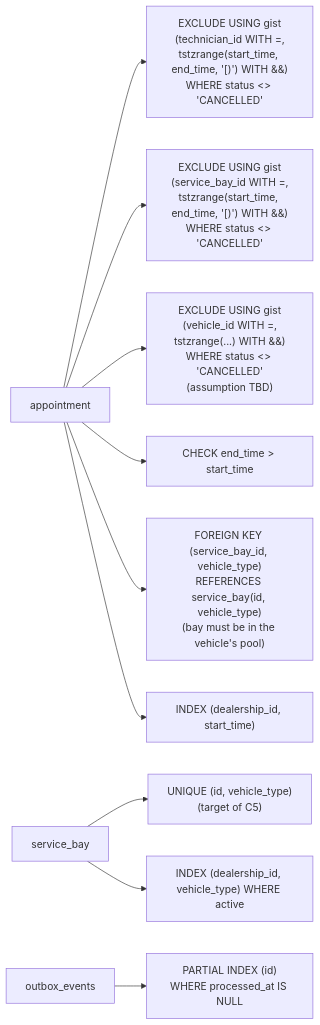
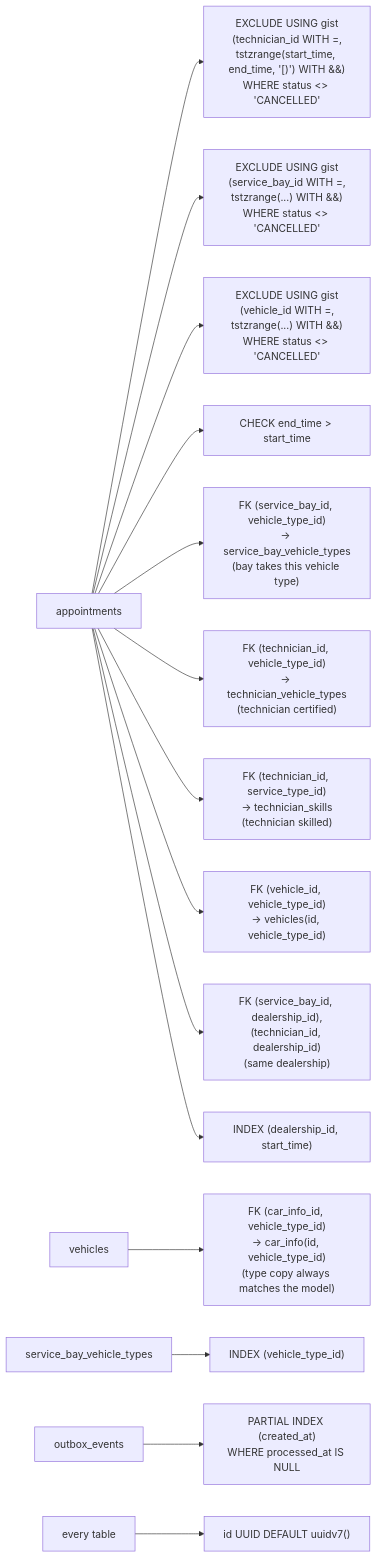
The diagram in docs/diagrams/dld/02-constraints.mermaid (Rubynam/keyloop), drawn with Mermaid before and after one commit. The commit also changed 40 other files, not shown here.

First line of the commit message:
feat: model vehicle types as data and switch all ids to UUIDv7

```diff
--- a/docs/diagrams/dld/02-constraints.mermaid
+++ b/docs/diagrams/dld/02-constraints.mermaid
@@ -1,11 +1,16 @@
 flowchart LR
-    APPT["appointment"]
+    APPT["appointments"]
     APPT --> C1["EXCLUDE USING gist<br/>(technician_id WITH =,<br/>tstzrange(start_time, end_time, '[)') WITH &&)<br/>WHERE status <> 'CANCELLED'"]
-    APPT --> C2["EXCLUDE USING gist<br/>(service_bay_id WITH =,<br/>tstzrange(start_time, end_time, '[)') WITH &&)<br/>WHERE status <> 'CANCELLED'"]
-    APPT --> C3["EXCLUDE USING gist<br/>(vehicle_id WITH =,<br/>tstzrange(...) WITH &&)<br/>WHERE status <> 'CANCELLED'<br/>(assumption TBD)"]
+    APPT --> C2["EXCLUDE USING gist<br/>(service_bay_id WITH =,<br/>tstzrange(...) WITH &&)<br/>WHERE status <> 'CANCELLED'"]
+    APPT --> C3["EXCLUDE USING gist<br/>(vehicle_id WITH =,<br/>tstzrange(...) WITH &&)<br/>WHERE status <> 'CANCELLED'"]
     APPT --> C4["CHECK end_time > start_time"]
-    APPT --> C5["FOREIGN KEY (service_bay_id, vehicle_type)<br/>REFERENCES service_bay(id, vehicle_type)<br/>(bay must be in the vehicle's pool)"]
-    BAY["service_bay"] --> U1["UNIQUE (id, vehicle_type)<br/>(target of C5)"]
-    BAY --> I3["INDEX (dealership_id, vehicle_type) WHERE active"]
+    APPT --> C5["FK (service_bay_id, vehicle_type_id)<br/>→ service_bay_vehicle_types<br/>(bay takes this vehicle type)"]
+    APPT --> C6["FK (technician_id, vehicle_type_id)<br/>→ technician_vehicle_types<br/>(technician certified)"]
+    APPT --> C7["FK (technician_id, service_type_id)<br/>→ technician_skills<br/>(technician skilled)"]
+    APPT --> C8["FK (vehicle_id, vehicle_type_id)<br/>→ vehicles(id, vehicle_type_id)"]
+    APPT --> C9["FK (service_bay_id, dealership_id),<br/>(technician_id, dealership_id)<br/>(same dealership)"]
+    VEH["vehicles"] --> C10["FK (car_info_id, vehicle_type_id)<br/>→ car_info(id, vehicle_type_id)<br/>(type copy always matches the model)"]
     APPT --> I1["INDEX (dealership_id, start_time)"]
-    OUT["outbox_events"] --> I2["PARTIAL INDEX (id)<br/>WHERE processed_at IS NULL"]
+    SBVT["service_bay_vehicle_types"] --> I3["INDEX (vehicle_type_id)"]
+    OUT["outbox_events"] --> I2["PARTIAL INDEX (created_at)<br/>WHERE processed_at IS NULL"]
+    ALL["every table"] --> U1["id UUID DEFAULT uuidv7()"]
```
